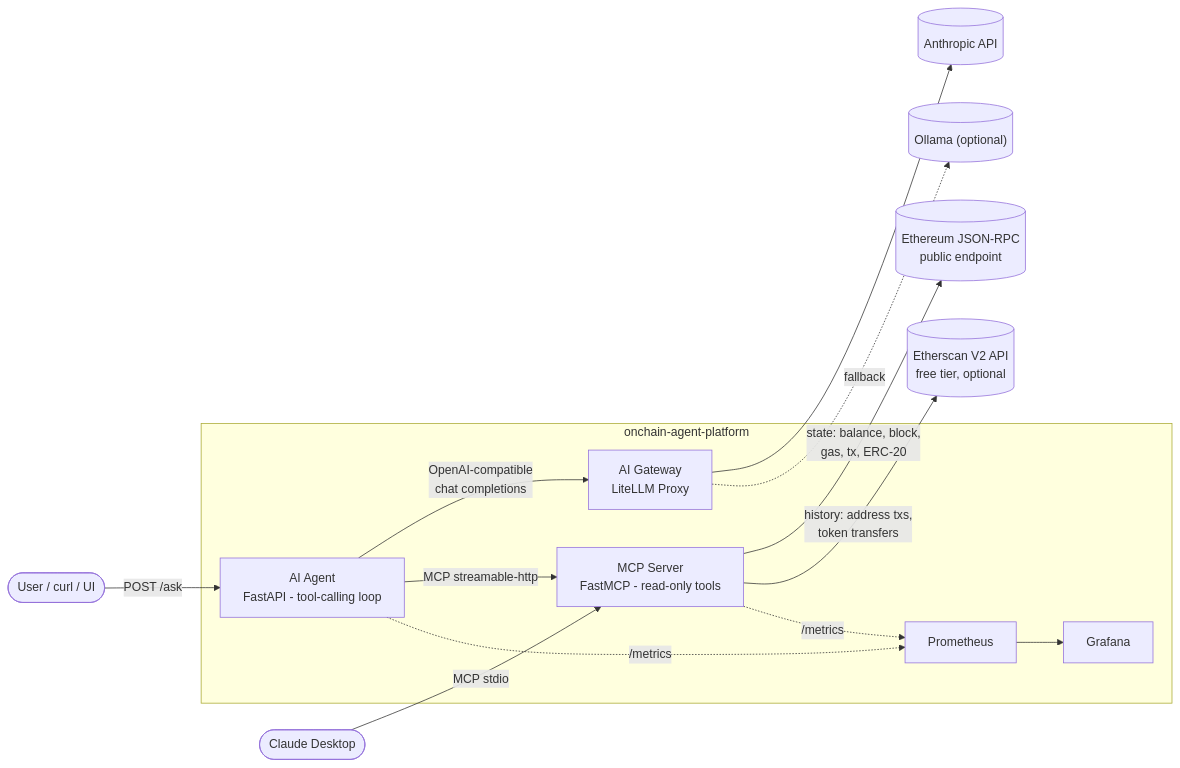
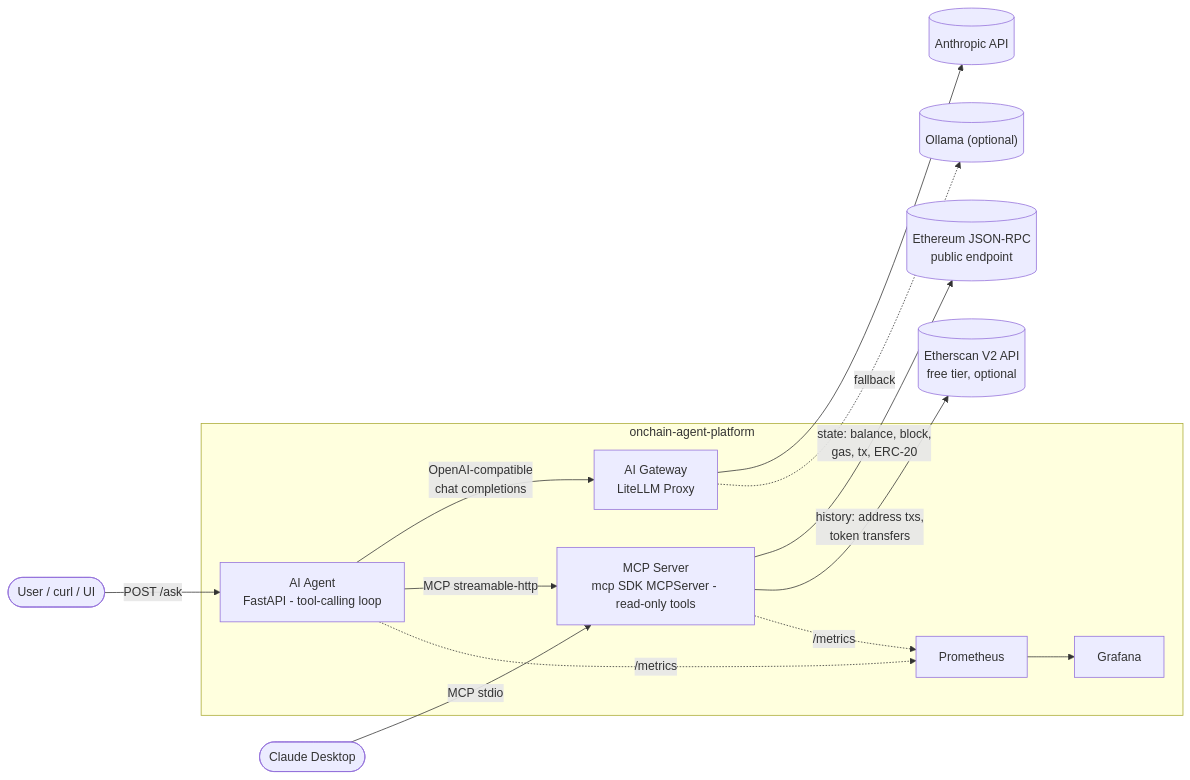
Before and after one commit to yunoim/onchain-agent-platform: the first of 3 diagrams in docs/ARCHITECTURE.md, drawn with Mermaid. The commit also changed other lines of this file and 35 other files, not shown here.

First line of the commit message:
Phase 1: read-only Ethereum MCP server

````diff
--- a/docs/ARCHITECTURE.md
+++ b/docs/ARCHITECTURE.md
@@ -23,30 +23,30 @@
 ```mermaid
 flowchart LR
     user([User / curl / UI])
     claude([Claude Desktop])
 
     subgraph platform["onchain-agent-platform"]
         agent["AI Agent<br/>FastAPI - tool-calling loop"]
         gw["AI Gateway<br/>LiteLLM Proxy"]
-        mcp["MCP Server<br/>FastMCP - read-only tools"]
+        mcp["MCP Server<br/>mcp SDK MCPServer - read-only tools"]
         prom["Prometheus"]
         graf["Grafana"]
     end
 
     anthropic[("Anthropic API")]
     ollama[("Ollama (optional)")]
     rpc[("Ethereum JSON-RPC<br/>public endpoint")]
     scan[("Etherscan V2 API<br/>free tier, optional")]
 
     user -->|"POST /ask"| agent
     agent -->|"OpenAI-compatible<br/>chat completions"| gw
     gw --> anthropic
     gw -.->|fallback| ollama
     agent -->|"MCP streamable-http"| mcp
     claude -->|"MCP stdio"| mcp
     mcp -->|"state: balance, block,<br/>gas, tx, ERC-20"| rpc
     mcp -->|"history: address txs,<br/>token transfers"| scan
     agent -.->|/metrics| prom
     mcp -.->|/metrics| prom
     prom --> graf
 ```
````
